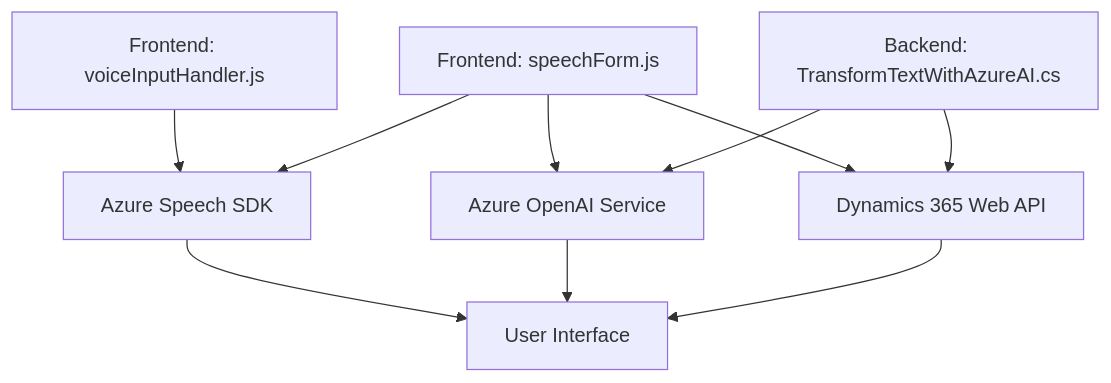
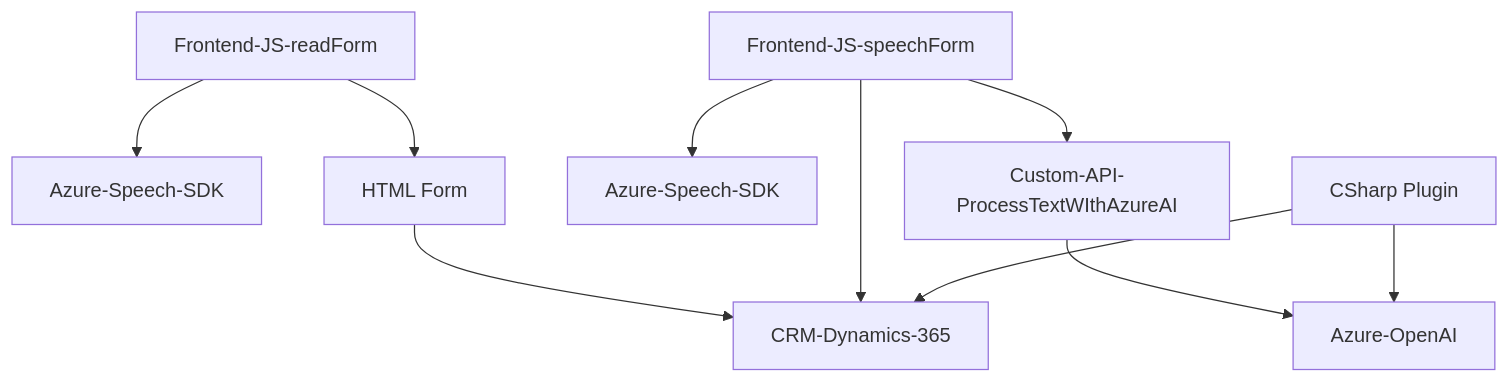
The diagram in README.md (blopezdm/NETCORE_BILBAO2025), drawn with Mermaid before and after one commit. The commit also changed other lines of this file, not shown here.

````diff
--- a/README.md
+++ b/README.md
@@ -48,19 +52,15 @@
 ```mermaid
 graph TD
-    A["Frontend: voiceInputHandler.js"]
-    B["Frontend: speechForm.js"]
-    C["Backend: TransformTextWithAzureAI.cs"]
-    D["Azure Speech SDK"]
-    E["Azure OpenAI Service"]
-    F["Dynamics 365 Web API"]
-    G["User Interface"]
-    A --> D
-    B --> D
-    B --> E
-    B --> F
-    C --> E
-    C --> F
-    D --> G
-    E --> G
-    F --> G
+    A["Frontend-JS-readForm"] --> B["Azure-Speech-SDK"]
+    A["Frontend-JS-readForm"] --> C["HTML Form"]
+    C["HTML Form"] --> D["CRM-Dynamics-365"]
+
+    E["Frontend-JS-speechForm"] --> F["Azure-Speech-SDK"]
+    E["Frontend-JS-speechForm"] --> G["Custom-API-ProcessTextWIthAzureAI"]
+    E["Frontend-JS-speechForm"] --> D["CRM-Dynamics-365"]
+
+    G["Custom-API-ProcessTextWIthAzureAI"] --> H["Azure-OpenAI"]
+
+    I["CSharp Plugin"] --> D["CRM-Dynamics-365"]
+    I["CSharp Plugin"] --> H["Azure-OpenAI"]
 ```
````
